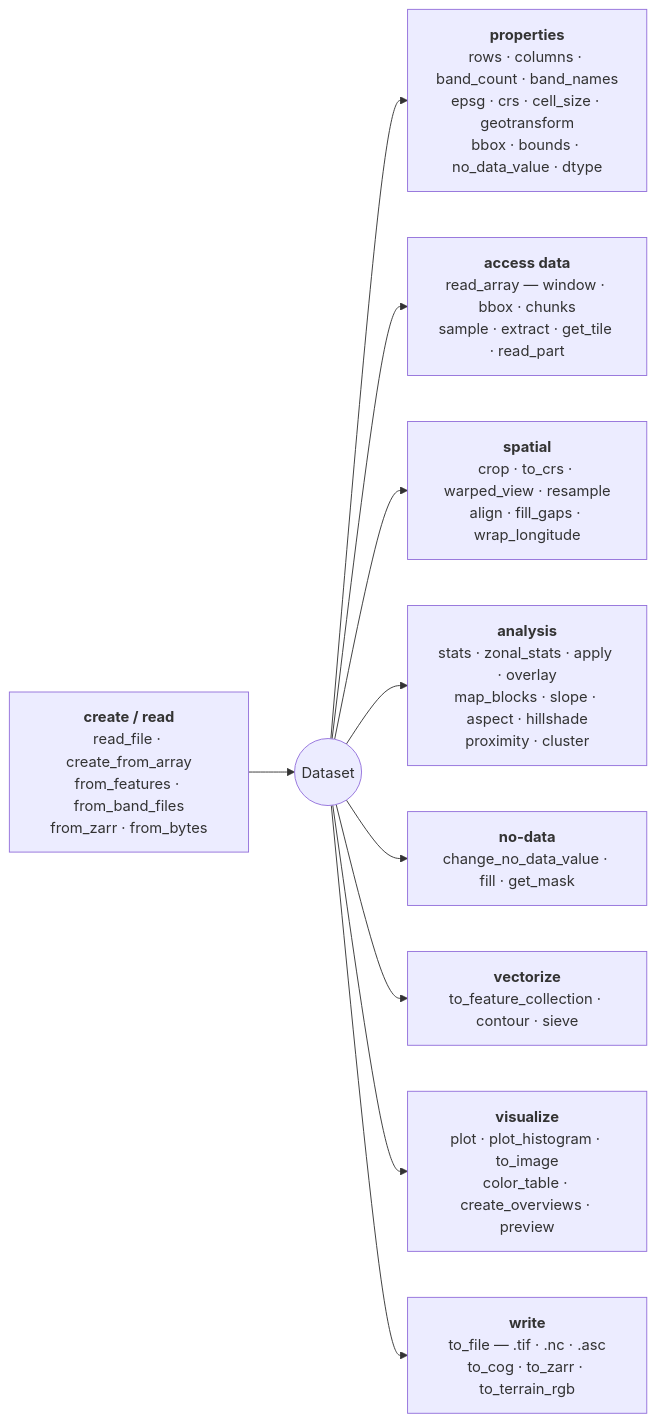
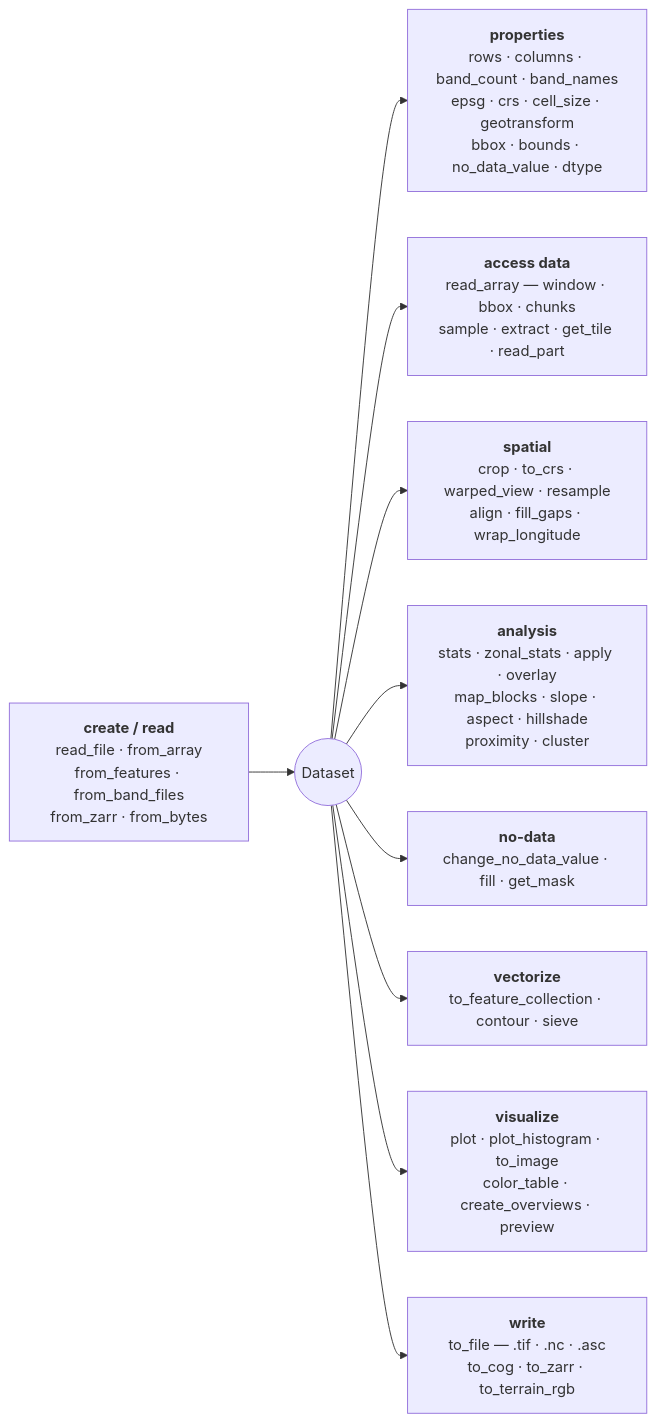
The first of 4 diagrams in docs/reference/dataset/index.md (serapeum-org/pyramids), drawn with Mermaid before and after one commit. The commit also changed other lines of this file and 246 other files, not shown here.

````diff
--- a/docs/reference/dataset/index.md
+++ b/docs/reference/dataset/index.md
@@ -5,13 +5,13 @@
 ```mermaid
 flowchart LR
-    CR["<b>create / read</b><br/>read_file · create_from_array<br/>from_features · from_band_files<br/>from_zarr · from_bytes"] --> DS(("Dataset"))
+    CR["<b>create / read</b><br/>read_file · from_array<br/>from_features · from_band_files<br/>from_zarr · from_bytes"] --> DS(("Dataset"))
 
     DS --> PR["<b>properties</b><br/>rows · columns · band_count · band_names<br/>epsg · crs · cell_size · geotransform<br/>bbox · bounds · no_data_value · dtype"]
     DS --> AC["<b>access data</b><br/>read_array — window · bbox · chunks<br/>sample · extract · get_tile · read_part"]
     DS --> SP["<b>spatial</b><br/>crop · to_crs · warped_view · resample<br/>align · fill_gaps · wrap_longitude"]
     DS --> AN["<b>analysis</b><br/>stats · zonal_stats · apply · overlay<br/>map_blocks · slope · aspect · hillshade<br/>proximity · cluster"]
     DS --> ND["<b>no-data</b><br/>change_no_data_value · fill · get_mask"]
     DS --> VE["<b>vectorize</b><br/>to_feature_collection · contour · sieve"]
     DS --> VI["<b>visualize</b><br/>plot · plot_histogram · to_image<br/>color_table · create_overviews · preview"]
     DS --> WR["<b>write</b><br/>to_file — .tif · .nc · .asc<br/>to_cog · to_zarr · to_terrain_rgb"]
 ```
````
